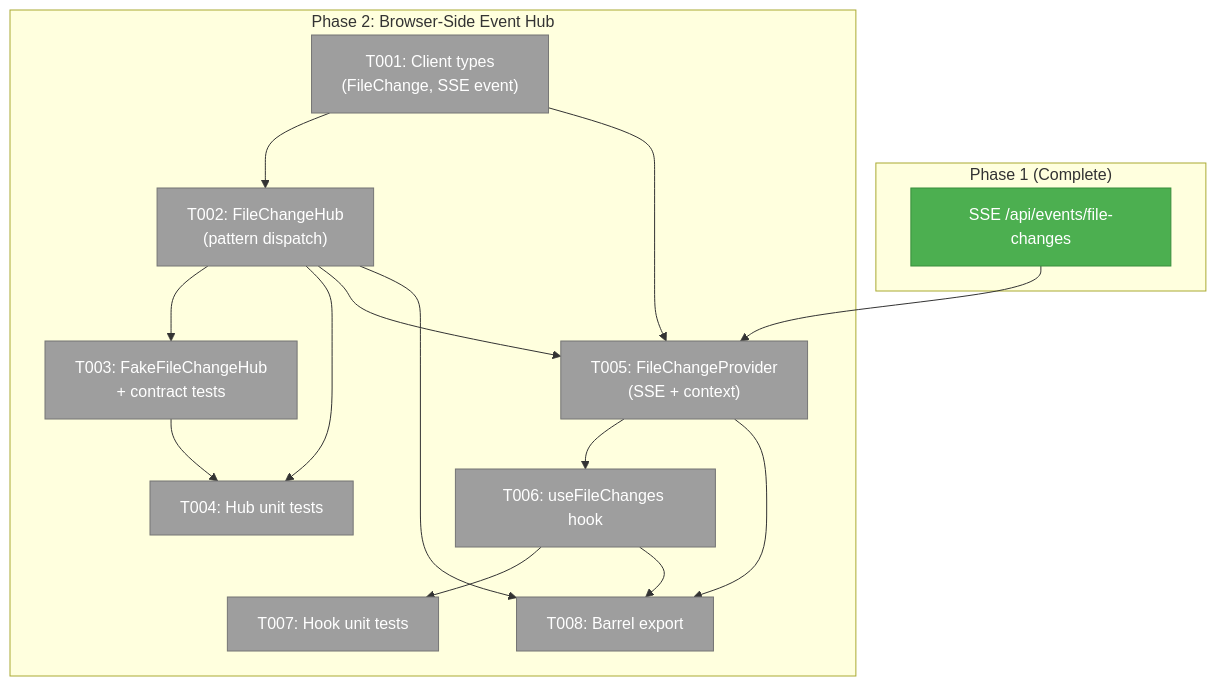
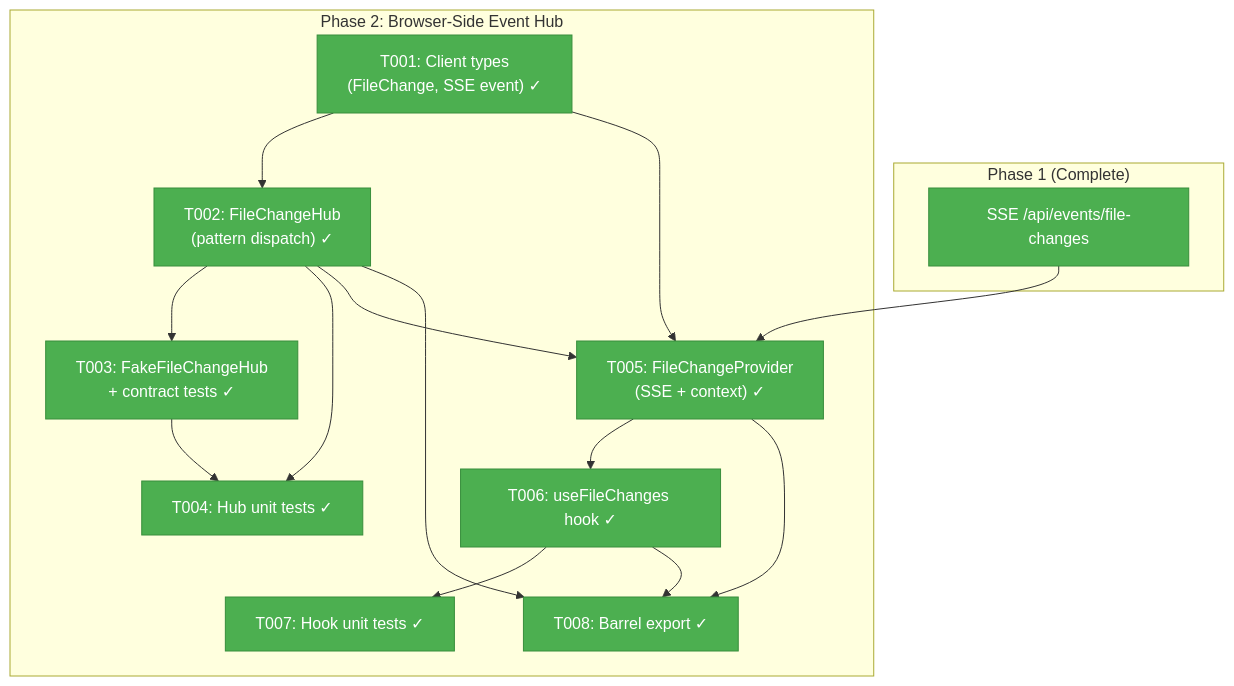
Before and after one commit to AI-Substrate/chainglass: the first of 3 diagrams in docs/plans/045-live-file-events/tasks/phase-2-browser-side-event-hub/tasks.md, drawn with Mermaid. The commit also changed other lines of this file and 16 other files, not shown here.

First line of the commit message:
Plan 045 Phase 2: Browser-side file change event hub

````diff
--- a/docs/plans/045-live-file-events/tasks/phase-2-browser-side-event-hub/tasks.md
+++ b/docs/plans/045-live-file-events/tasks/phase-2-browser-side-event-hub/tasks.md
@@ -108,33 +108,33 @@
 ```mermaid
 flowchart TD
     classDef pending fill:#9E9E9E,stroke:#757575,color:#fff
     classDef completed fill:#4CAF50,stroke:#388E3C,color:#fff
 
     subgraph Phase1["Phase 1 (Complete)"]
         SSE["SSE /api/events/file-changes"]:::completed
     end
 
     subgraph Phase2["Phase 2: Browser-Side Event Hub"]
-        T001["T001: Client types<br/>(FileChange, SSE event)"]:::pending
-        T002["T002: FileChangeHub<br/>(pattern dispatch)"]:::pending
-        T003["T003: FakeFileChangeHub<br/>+ contract tests"]:::pending
-        T004["T004: Hub unit tests"]:::pending
-        T005["T005: FileChangeProvider<br/>(SSE + context)"]:::pending
-        T006["T006: useFileChanges hook"]:::pending
-        T007["T007: Hook unit tests"]:::pending
-        T008["T008: Barrel export"]:::pending
+        T001["T001: Client types<br/>(FileChange, SSE event) ✓"]:::completed
+        T002["T002: FileChangeHub<br/>(pattern dispatch) ✓"]:::completed
+        T003["T003: FakeFileChangeHub<br/>+ contract tests ✓"]:::completed
+        T004["T004: Hub unit tests ✓"]:::completed
+        T005["T005: FileChangeProvider<br/>(SSE + context) ✓"]:::completed
+        T006["T006: useFileChanges hook ✓"]:::completed
+        T007["T007: Hook unit tests ✓"]:::completed
+        T008["T008: Barrel export ✓"]:::completed
     end
 
     SSE --> T005
     T001 --> T002
     T002 --> T003
     T002 --> T004
     T003 --> T004
     T001 --> T005
     T002 --> T005
     T005 --> T006
     T006 --> T007
     T002 --> T008
     T005 --> T008
     T006 --> T008
 ```
````
